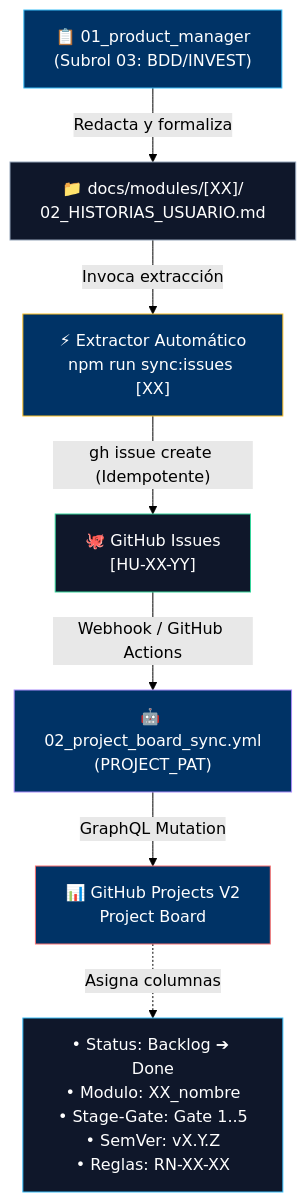
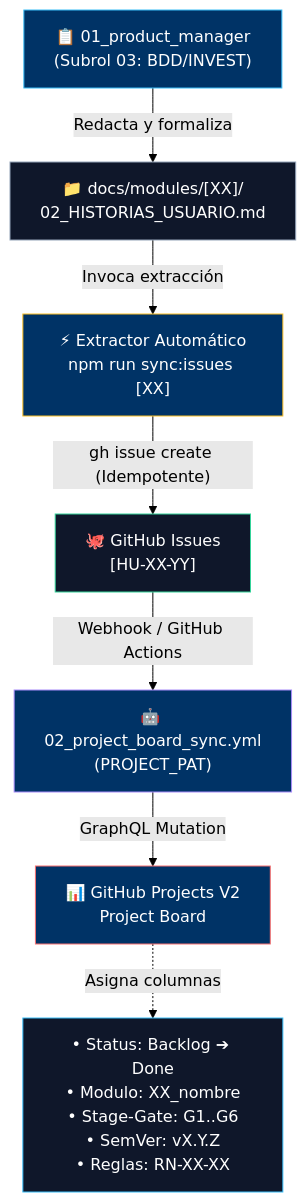
Before and after one commit to DanExl24/multiagent-sdlc-starter: the diagram in multiAgents/06_devops_release/subroles/05_project_board_sync_automator.md, drawn with Mermaid (forest theme). The commit also changed 35 other files, not shown here.

````diff
--- a/multiAgents/06_devops_release/subroles/05_project_board_sync_automator.md
+++ b/multiAgents/06_devops_release/subroles/05_project_board_sync_automator.md
@@ -23,18 +23,18 @@
 ```mermaid
 flowchart TD
     PM["📋 01_product_manager<br/>(Subrol 03: BDD/INVEST)"] -->|"Redacta y formaliza"| DOC["📁 docs/modules/[XX]/<br/>02_HISTORIAS_USUARIO.md"]
     DOC -->|"Invoca extracción"| CLI["⚡ Extractor Automático<br/>npm run sync:issues [XX]"]
     CLI -->|"gh issue create (Idempotente)"| ISSUES["🐙 GitHub Issues<br/>[HU-XX-YY]"]
     ISSUES -->|"Webhook / GitHub Actions"| CI["🤖 02_project_board_sync.yml<br/>(PROJECT_PAT)"]
     CI -->|"GraphQL Mutation"| BOARD["📊 GitHub Projects V2<br/>Project Board"]
     
-    BOARD -.->|"Asigna columnas"| COLS["• Status: Backlog ➔ Done<br/>• Modulo: XX_nombre<br/>• Stage-Gate: Gate 1..5<br/>• SemVer: vX.Y.Z<br/>• Reglas: RN-XX-XX"]
+    BOARD -.->|"Asigna columnas"| COLS["• Status: Backlog ➔ Done<br/>• Modulo: XX_nombre<br/>• Stage-Gate: G1..G6<br/>• SemVer: vX.Y.Z<br/>• Reglas: RN-XX-XX"]
 
     style PM fill:#003366,stroke:#38bdf8,color:#ffffff
     style DOC fill:#0f172a,stroke:#94a3b8,color:#ffffff
     style CLI fill:#003366,stroke:#fbbf24,color:#ffffff
     style ISSUES fill:#0f172a,stroke:#34d399,color:#ffffff
     style CI fill:#003366,stroke:#a78bfa,color:#ffffff
     style BOARD fill:#003366,stroke:#f87171,color:#ffffff
     style COLS fill:#0f172a,stroke:#38bdf8,color:#ffffff
 ```
````
